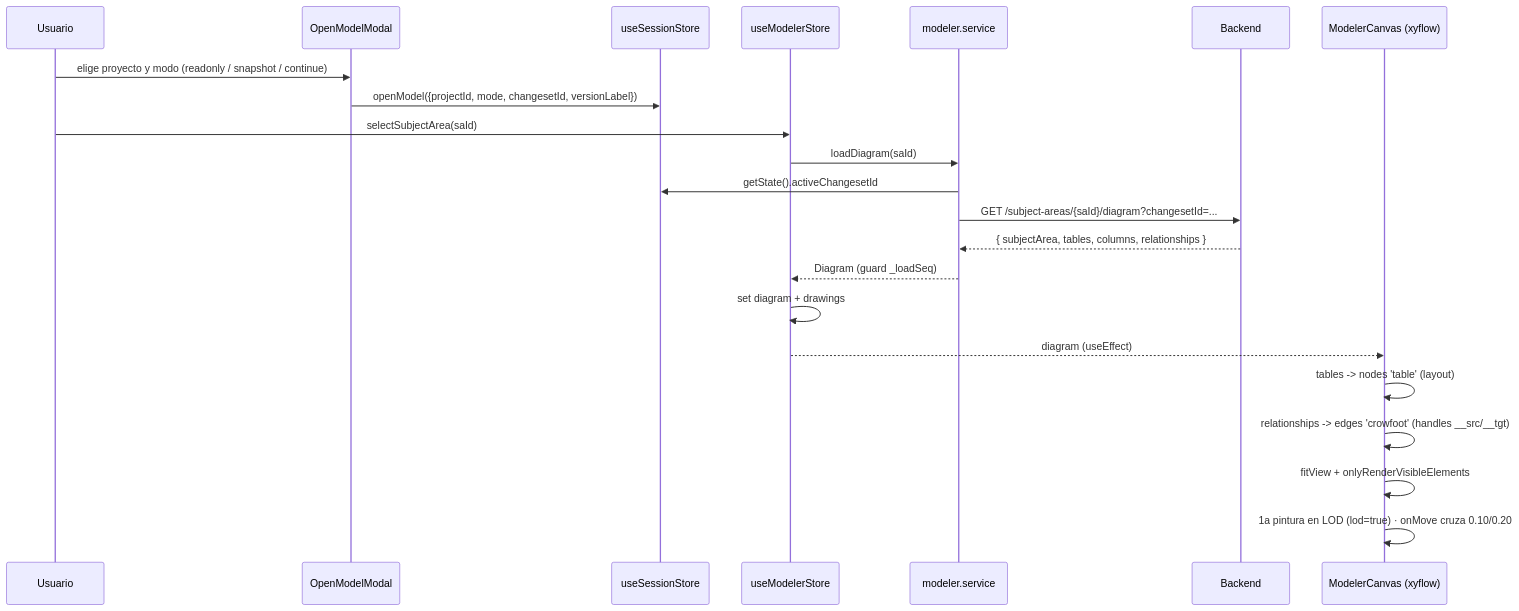
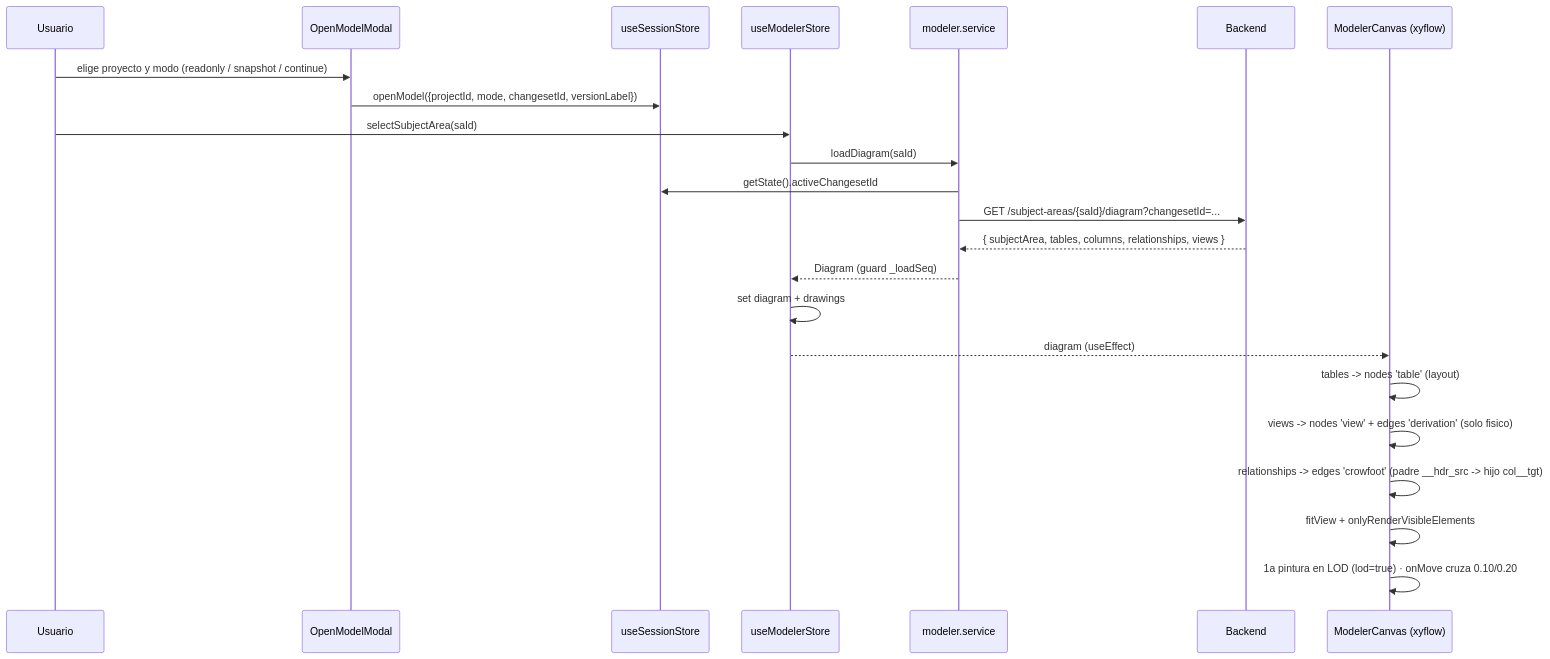
Before and after one commit to Carlosmps97/web-data-model-hub: the third of 8 diagrams in doc/data-flow.md, drawn with Mermaid. The commit also changed other lines of this file and 209 other files, not shown here.

````diff
--- a/doc/data-flow.md
+++ b/doc/data-flow.md
@@ -224,25 +242,26 @@
 ```mermaid
 sequenceDiagram
   participant U as Usuario
   participant OM as OpenModelModal
   participant SS as useSessionStore
   participant MS as useModelerStore
   participant Svc as modeler.service
   participant API as Backend
   participant RF as ModelerCanvas (xyflow)
 
   U->>OM: elige proyecto y modo (readonly / snapshot / continue)
   OM->>SS: openModel({projectId, mode, changesetId, versionLabel})
   U->>MS: selectSubjectArea(saId)
   MS->>Svc: loadDiagram(saId)
   Svc->>SS: getState().activeChangesetId
   Svc->>API: GET /subject-areas/{saId}/diagram?changesetId=...
-  API-->>Svc: { subjectArea, tables, columns, relationships }
+  API-->>Svc: { subjectArea, tables, columns, relationships, views }
   Svc-->>MS: Diagram (guard _loadSeq)
   MS->>MS: set diagram + drawings
   MS-->>RF: diagram (useEffect)
   RF->>RF: tables -> nodes 'table' (layout)
-  RF->>RF: relationships -> edges 'crowfoot' (handles __src/__tgt)
+  RF->>RF: views -> nodes 'view' + edges 'derivation' (solo fisico)
+  RF->>RF: relationships -> edges 'crowfoot' (padre __hdr_src -> hijo col__tgt)
   RF->>RF: fitView + onlyRenderVisibleElements
   RF->>RF: 1a pintura en LOD (lod=true) · onMove cruza 0.10/0.20
 ```
````
